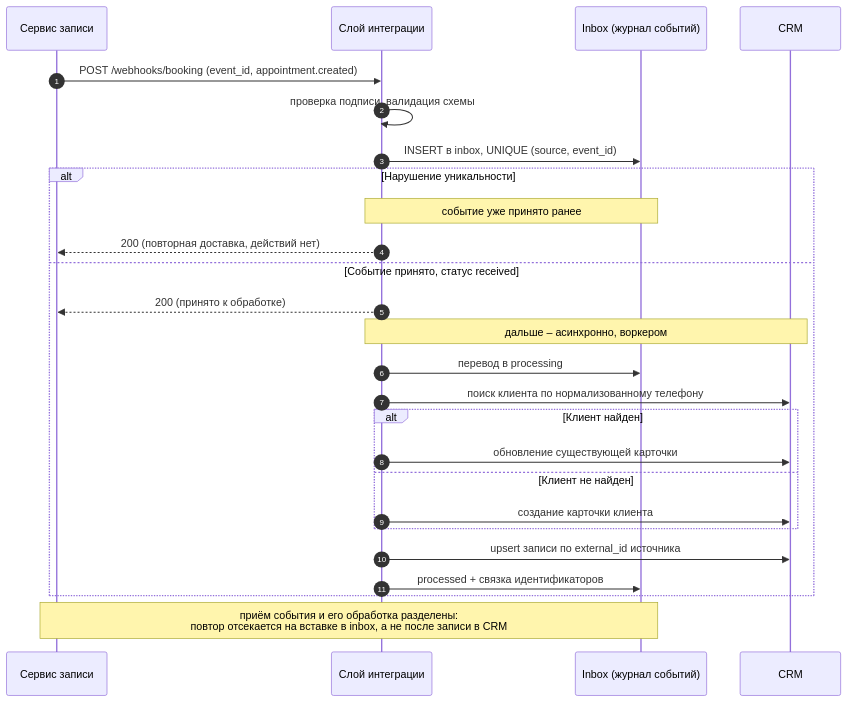
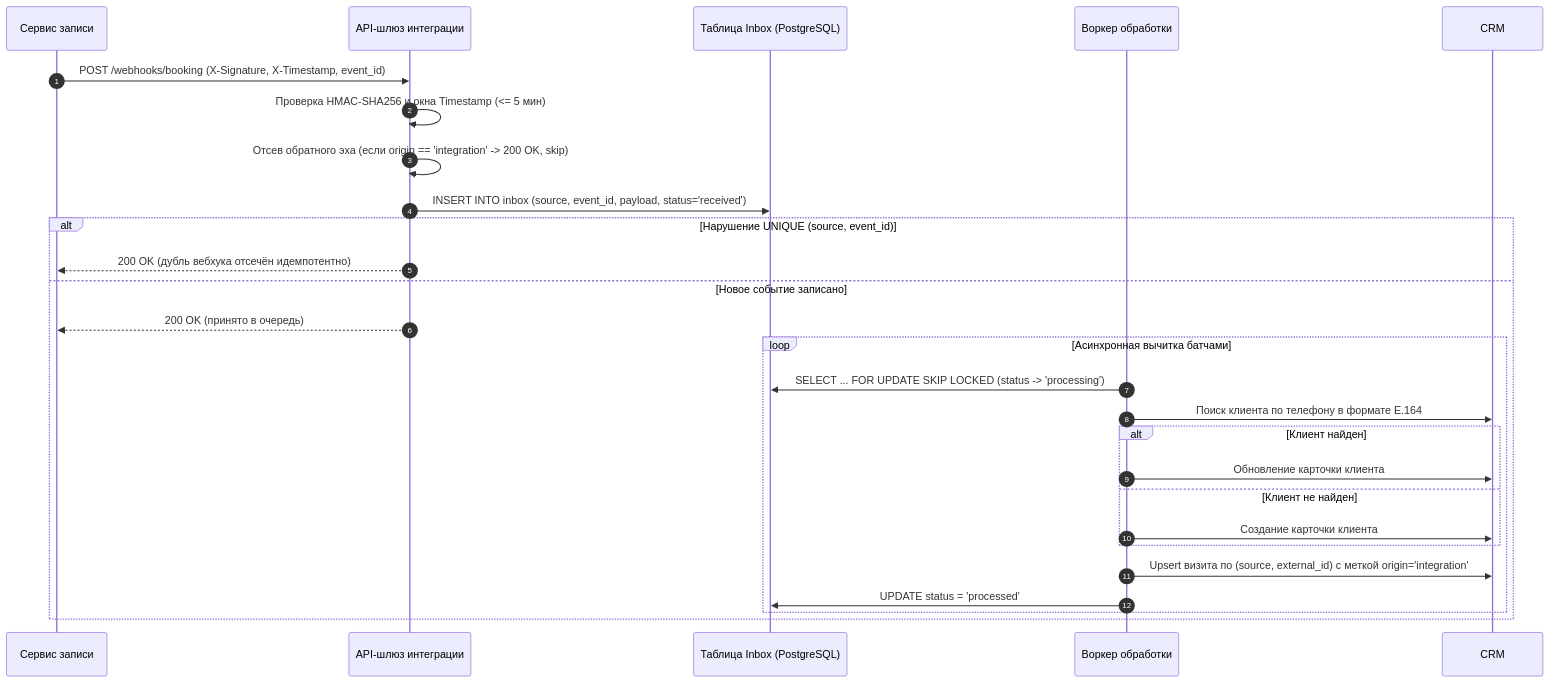
One commit to doomsdayoff/system-analysis-portfolio changed the second of 2 diagrams in case-02-booking-crm-sync/README.md. Above: the diagram before and after it, drawn with Mermaid. The commit also changed other lines of this file and 4 other files, not shown here.

````diff
--- a/case-02-booking-crm-sync/README.md
+++ b/case-02-booking-crm-sync/README.md
@@ -64,28 +46,29 @@
 ```mermaid
 sequenceDiagram
     autonumber
     participant BK as Сервис записи
-    participant MW as Слой интеграции
-    participant INB as Inbox (журнал событий)
+    participant MW as API-шлюз интеграции
+    participant INB as Таблица Inbox (PostgreSQL)
+    participant WRK as Воркер обработки
     participant CRM as CRM
-    BK->>MW: POST /webhooks/booking (event_id, appointment.created)
-    MW->>MW: проверка подписи, валидация схемы
-    MW->>INB: INSERT в inbox, UNIQUE (source, event_id)
-    alt Нарушение уникальности
-        Note over MW,INB: событие уже принято ранее
-        MW-->>BK: 200 (повторная доставка, действий нет)
-    else Событие принято, статус received
-        MW-->>BK: 200 (принято к обработке)
-        Note over MW,CRM: дальше – асинхронно, воркером
-        MW->>INB: перевод в processing
-        MW->>CRM: поиск клиента по нормализованному телефону
-        alt Клиент найден
-            MW->>CRM: обновление существующей карточки
-        else Клиент не найден
-            MW->>CRM: создание карточки клиента
+    BK->>MW: POST /webhooks/booking (X-Signature, X-Timestamp, event_id)
+    MW->>MW: Проверка HMAC-SHA256 и окна Timestamp (<= 5 мин)
+    MW->>MW: Отсев обратного эха (если origin == 'integration' -> 200 OK, skip)
+    MW->>INB: INSERT INTO inbox (source, event_id, payload, status='received')
+    alt Нарушение UNIQUE (source, event_id)
+        MW-->>BK: 200 OK (дубль вебхука отсечён идемпотентно)
+    else Новое событие записано
+        MW-->>BK: 200 OK (принято в очередь)
+        loop Асинхронная вычитка батчами
+            WRK->>INB: SELECT ... FOR UPDATE SKIP LOCKED (status -> 'processing')
+            WRK->>CRM: Поиск клиента по телефону в формате E.164
+            alt Клиент найден
+                WRK->>CRM: Обновление карточки клиента
+            else Клиент не найден
+                WRK->>CRM: Создание карточки клиента
+            end
+            WRK->>CRM: Upsert визита по (source, external_id) с меткой origin='integration'
+            WRK->>INB: UPDATE status = 'processed'
         end
-        MW->>CRM: upsert записи по external_id источника
-        MW->>INB: processed + связка идентификаторов
     end
-    Note over BK,INB: приём события и его обработка разделены:<br/>повтор отсекается на вставке в inbox, а не после записи в CRM
 ```
````
